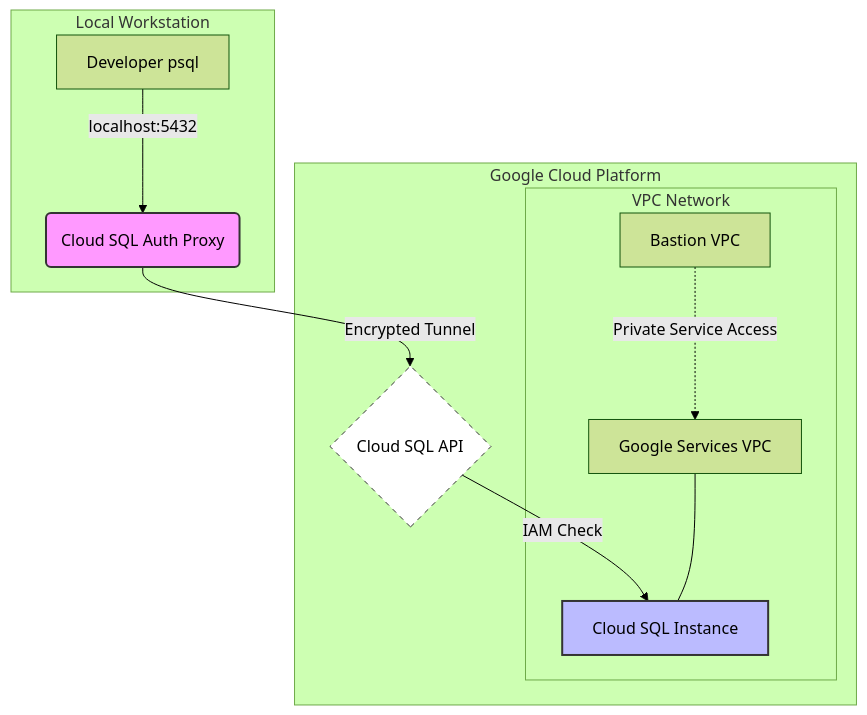
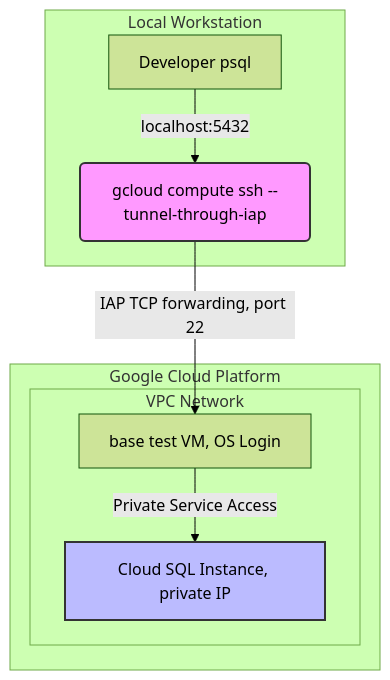
The second of 2 diagrams in samples/cloudrun-bastion/README.md (a-besson/gcp-samples), drawn with Mermaid (forest theme) before and after one commit. The commit also changed other lines of this file and 96 other files, not shown here.

````diff
--- a/samples/cloudrun-bastion/README.md
+++ b/samples/cloudrun-bastion/README.md
@@ -99,22 +94,16 @@
 ```mermaid
 graph TD
     subgraph "Local Workstation"
-        A[Developer psql] -->|localhost:5432| B(Cloud SQL Auth Proxy)
+        A[Developer psql] -->|localhost:5432| B(gcloud compute ssh --tunnel-through-iap)
     end
 
     subgraph "Google Cloud Platform"
-        B -->|Encrypted Tunnel| C{Cloud SQL API}
-        C -->|IAM Check| D[Cloud SQL Instance]
-
+        B -->|IAP TCP forwarding, port 22| C[base test VM, OS Login]
         subgraph "VPC Network"
-            E[Bastion VPC]
-            F[Google Services VPC]
-            E -.->|Private Service Access| F
-            F --- D
+            C -->|Private Service Access| D[Cloud SQL Instance, private IP]
         end
     end
 
     style B fill:#f9f,stroke:#333,stroke-width:2px
     style D fill:#bbf,stroke:#333,stroke-width:2px
-    style C fill:#fff,stroke:#333,stroke-dasharray: 5 5
 ```
````
